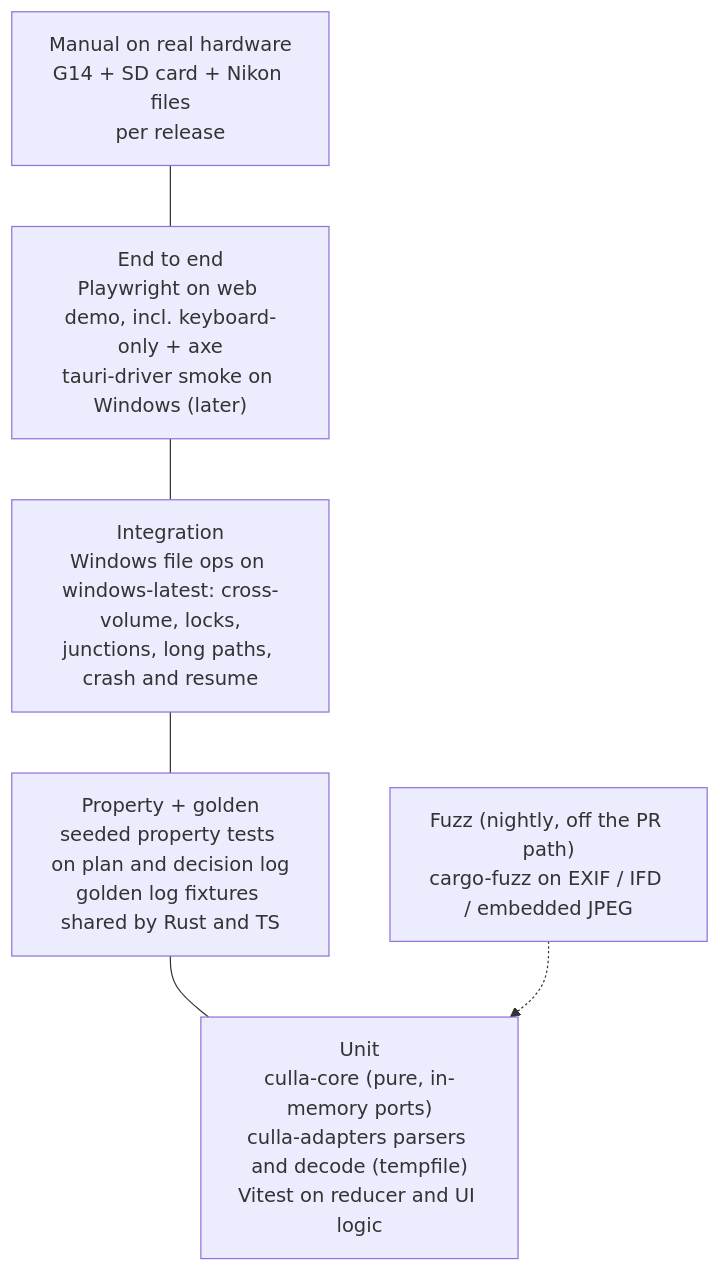
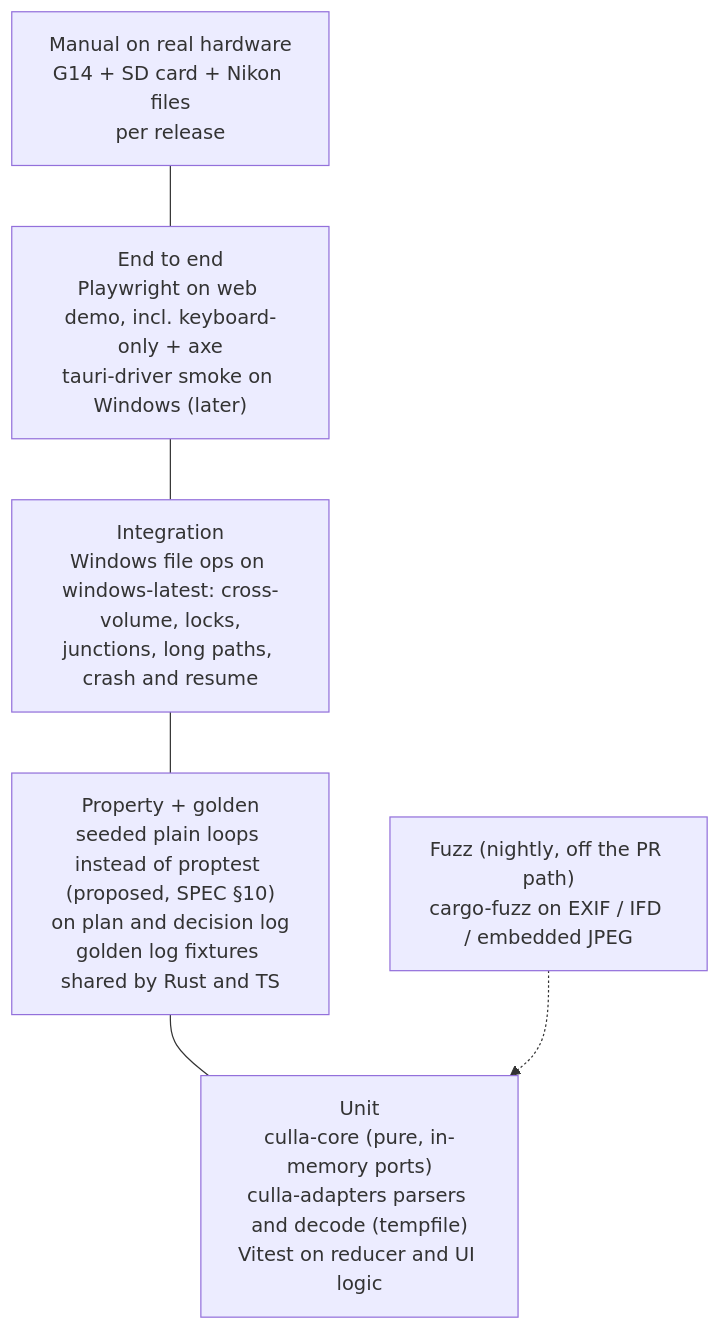
The diagram in docs/testing.md (margaux-faurie/culla), drawn with Mermaid before and after one commit. The commit also changed other lines of this file and 21 other files, not shown here.

First line of the commit message:
fix(core): address review on the decision log

````diff
--- a/docs/testing.md
+++ b/docs/testing.md
@@ -17,11 +17,11 @@
 ```mermaid
 flowchart TB
   M["Manual on real hardware<br/>G14 + SD card + Nikon files<br/>per release"]
   E["End to end<br/>Playwright on web demo, incl. keyboard-only + axe<br/>tauri-driver smoke on Windows (later)"]
   I["Integration<br/>Windows file ops on windows-latest: cross-volume, locks,<br/>junctions, long paths, crash and resume"]
-  P["Property + golden<br/>seeded property tests on plan and decision log<br/>golden log fixtures shared by Rust and TS"]
+  P["Property + golden<br/>seeded plain loops instead of proptest (proposed, SPEC §10)<br/>on plan and decision log<br/>golden log fixtures shared by Rust and TS"]
   U["Unit<br/>culla-core (pure, in-memory ports)<br/>culla-adapters parsers and decode (tempfile)<br/>Vitest on reducer and UI logic"]
   F["Fuzz (nightly, off the PR path)<br/>cargo-fuzz on EXIF / IFD / embedded JPEG"]
   M --- E --- I --- P --- U
   F -.-> U
 ```
````
